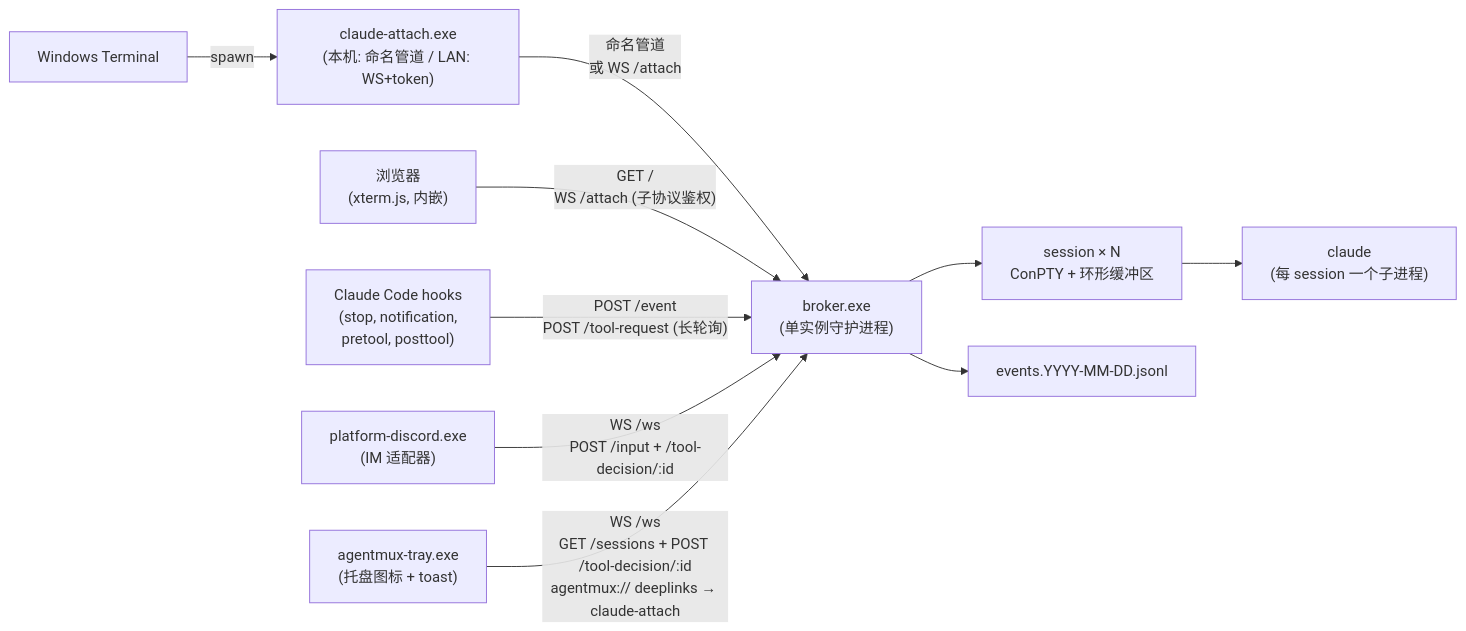
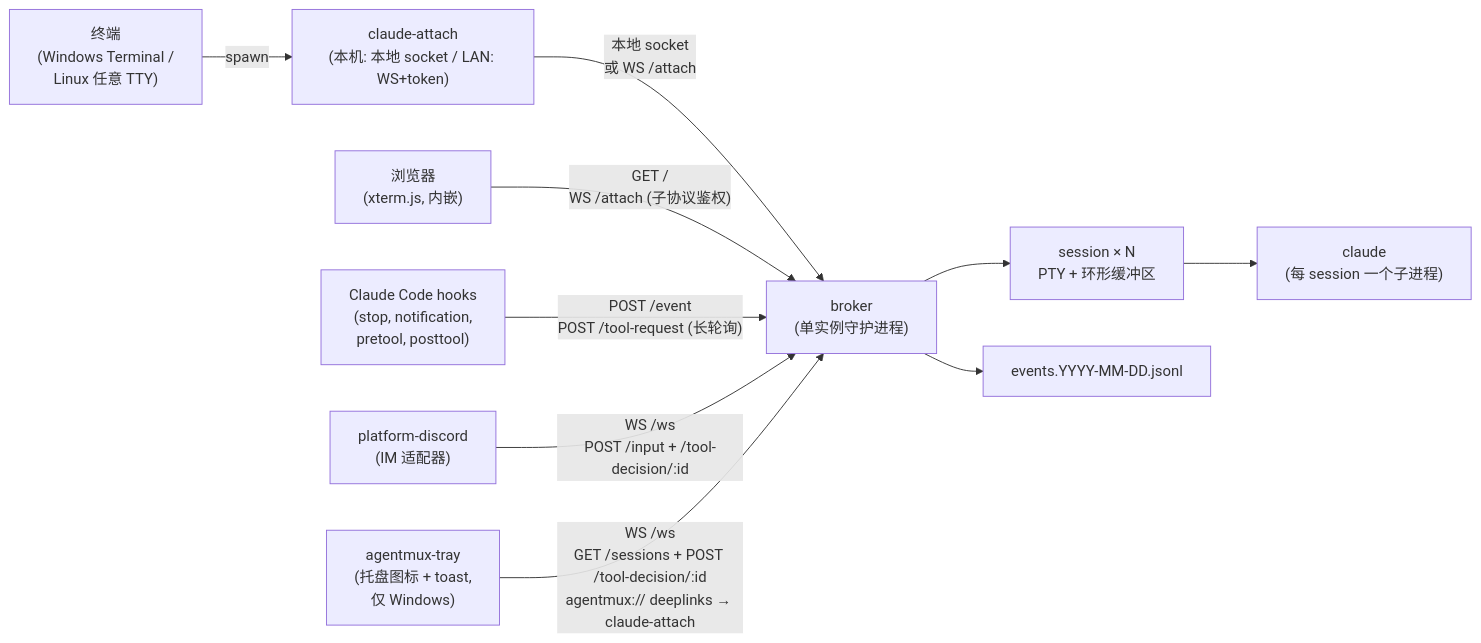
One commit to TornLux/agentmux changed the diagram in README.zh-CN.md. Above: the diagram before and after it, drawn with Mermaid. The commit also changed other lines of this file and 3 other files, not shown here.

````diff
--- a/README.zh-CN.md
+++ b/README.zh-CN.md
@@ -51,23 +51,23 @@
 ```mermaid
 flowchart LR
-    Term["Windows Terminal"]
+    Term["终端<br/>(Windows Terminal /<br/>Linux 任意 TTY)"]
     Browser["浏览器<br/>(xterm.js, 内嵌)"]
     Hooks["Claude Code hooks<br/>(stop, notification,<br/>pretool, posttool)"]
-    Attach["claude-attach.exe<br/>(本机: 命名管道 / LAN: WS+token)"]
-    Discord["platform-discord.exe<br/>(IM 适配器)"]
-    Tray["agentmux-tray.exe<br/>(托盘图标 + toast)"]
-    Broker["broker.exe<br/>(单实例守护进程)"]
-    Sess["session × N<br/>ConPTY + 环形缓冲区"]
+    Attach["claude-attach<br/>(本机: 本地 socket / LAN: WS+token)"]
+    Discord["platform-discord<br/>(IM 适配器)"]
+    Tray["agentmux-tray<br/>(托盘图标 + toast,<br/>仅 Windows)"]
+    Broker["broker<br/>(单实例守护进程)"]
+    Sess["session × N<br/>PTY + 环形缓冲区"]
     Claude["claude<br/>(每 session 一个子进程)"]
     Events["events.YYYY-MM-DD.jsonl"]
 
     Term -- "spawn" --> Attach
-    Attach -- "命名管道<br/>或 WS /attach" --> Broker
+    Attach -- "本地 socket<br/>或 WS /attach" --> Broker
     Browser -- "GET /<br/>WS /attach (子协议鉴权)" --> Broker
     Hooks -- "POST /event<br/>POST /tool-request (长轮询)" --> Broker
     Discord -- "WS /ws<br/>POST /input + /tool-decision/:id" --> Broker
     Tray -- "WS /ws<br/>GET /sessions + POST /tool-decision/:id<br/>agentmux:// deeplinks → claude-attach" --> Broker
     Broker --> Sess
     Sess --> Claude
     Broker --> Events
 ```
````
